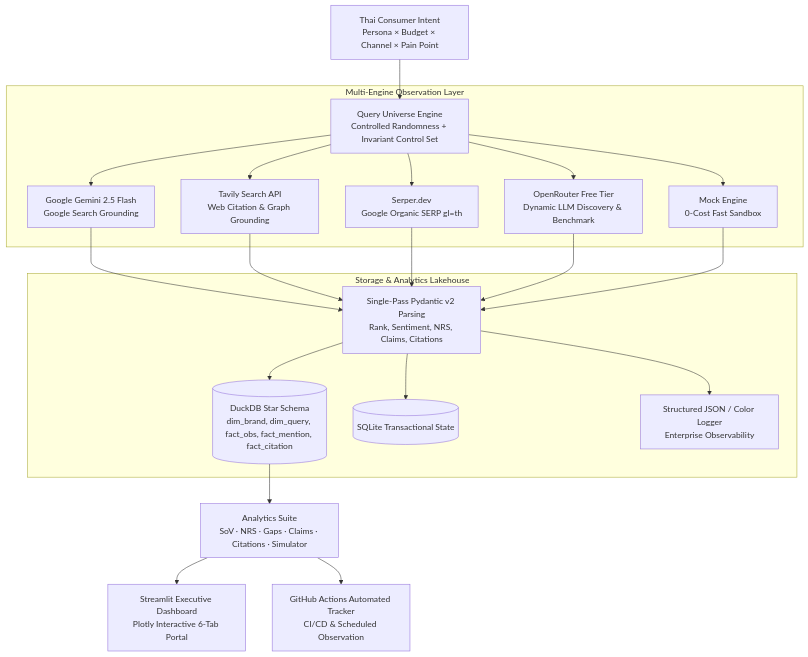
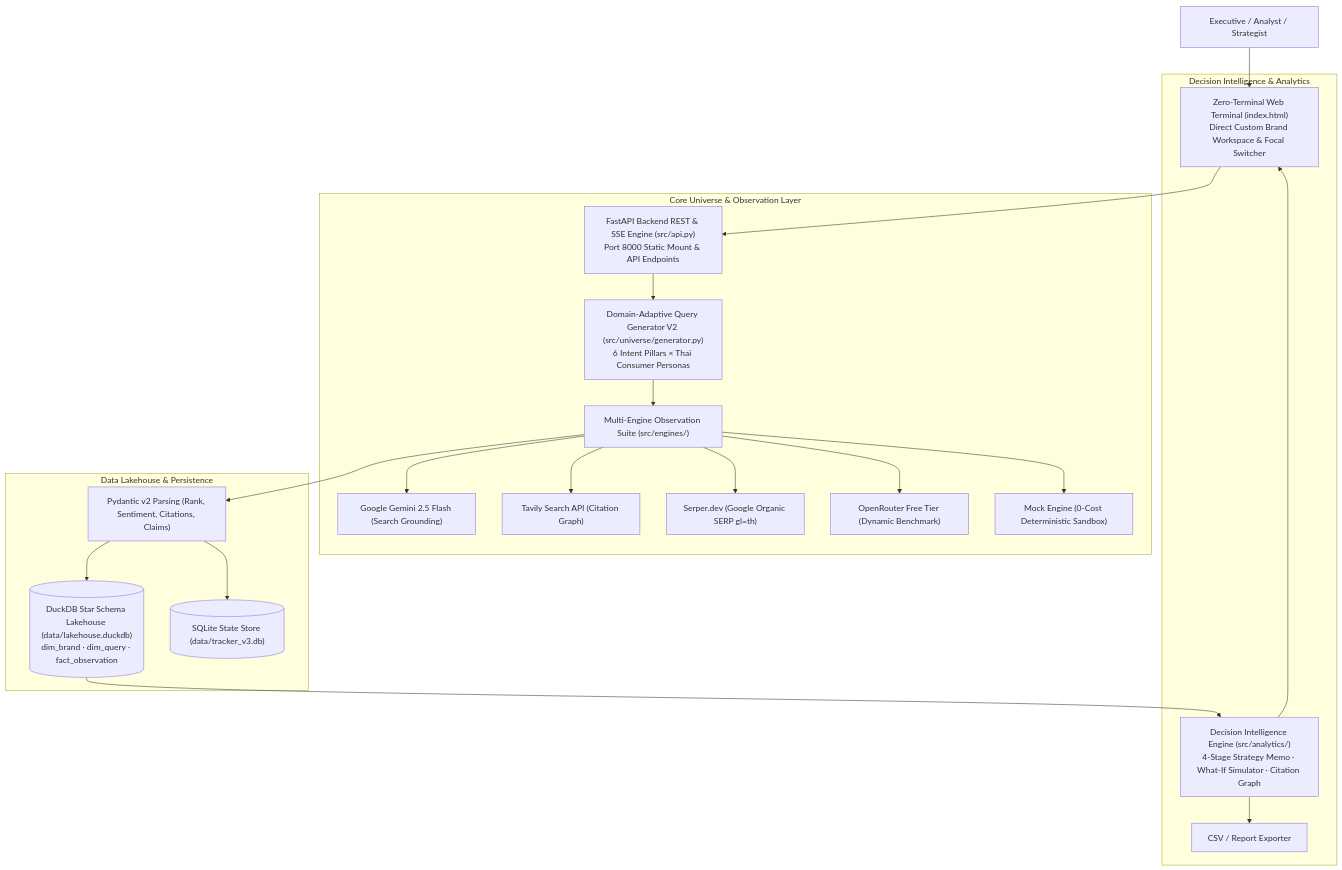
The diagram in README.md (adulsaa-q/ai_brand_tracker), drawn with Mermaid before and after one commit. The commit also changed other lines of this file and 5 other files, not shown here.

````diff
--- a/README.md
+++ b/README.md
@@ -17,38 +16,27 @@
 ```mermaid
 graph TD
-    UserQuery[Thai Consumer Intent
-Persona × Budget × Channel × Pain Point] --> Generator[Query Universe Engine
-Controlled Randomness + Invariant Control Set]
+    User["Executive / Analyst / Strategist"] --> UI["Zero-Terminal Web Terminal (index.html)<br/>Direct Custom Brand Workspace & Focal Switcher"]
+    UI --> API["FastAPI Backend REST & SSE Engine (src/api.py)<br/>Port 8000 Static Mount & API Endpoints"]
     
-    subgraph Multi-Engine Observation Layer
-        Generator --> Engine1[Google Gemini 2.5 Flash
-Google Search Grounding]
-        Generator --> Engine2[Tavily Search API
-Web Citation & Graph Grounding]
-        Generator --> Engine3[Serper.dev
-Google Organic SERP gl=th]
-        Generator --> Engine4[OpenRouter Free Tier
-Dynamic LLM Discovery & Benchmark]
-        Generator --> Engine5[Mock Engine
-0-Cost Fast Sandbox]
+    subgraph Core Universe & Observation Layer
+        API --> Gen["Domain-Adaptive Query Generator V2 (src/universe/generator.py)<br/>6 Intent Pillars × Thai Consumer Personas"]
+        Gen --> Engines["Multi-Engine Observation Suite (src/engines/)"]
+        Engines --> E1["Google Gemini 2.5 Flash (Search Grounding)"]
+        Engines --> E2["Tavily Search API (Citation Graph)"]
+        Engines --> E3["Serper.dev (Google Organic SERP gl=th)"]
+        Engines --> E4["OpenRouter Free Tier (Dynamic Benchmark)"]
+        Engines --> E5["Mock Engine (0-Cost Deterministic Sandbox)"]
     end
     
-    Engine1 & Engine2 & Engine3 & Engine4 & Engine5 --> Pydantic[Single-Pass Pydantic v2 Parsing
-Rank, Sentiment, NRS, Claims, Citations]
-    
-    subgraph Storage & Analytics Lakehouse
-        Pydantic --> DuckDB[(DuckDB Star Schema
-dim_brand, dim_query, fact_obs, fact_mention, fact_citation)]
-        Pydantic --> SQLite[(SQLite Transactional State)]
-        Pydantic --> Logger[Structured JSON / Color Logger
-Enterprise Observability]
+    subgraph Data Lakehouse & Persistence
+        Engines --> Pydantic["Pydantic v2 Parsing (Rank, Sentiment, Citations, Claims)"]
+        Pydantic --> DuckDB[("DuckDB Star Schema Lakehouse (data/lakehouse.duckdb)<br/>dim_brand · dim_query · fact_observation")]
+        Pydantic --> SQLite[("SQLite State Store (data/tracker_v3.db)")]
     end
     
-    DuckDB --> Analytics[Analytics Suite
-SoV · NRS · Gaps · Claims · Citations · Simulator]
-    
-    Analytics --> Dashboard[Streamlit Executive Dashboard
-Plotly Interactive 6-Tab Portal]
-    Analytics --> Actions[GitHub Actions Automated Tracker
-CI/CD & Scheduled Observation]
+    subgraph Decision Intelligence & Analytics
+        DuckDB --> Analytics["Decision Intelligence Engine (src/analytics/)<br/>4-Stage Strategy Memo · What-If Simulator · Citation Graph"]
+        Analytics --> UI
+        Analytics --> CSV["CSV / Report Exporter"]
+    end
 ```
````
